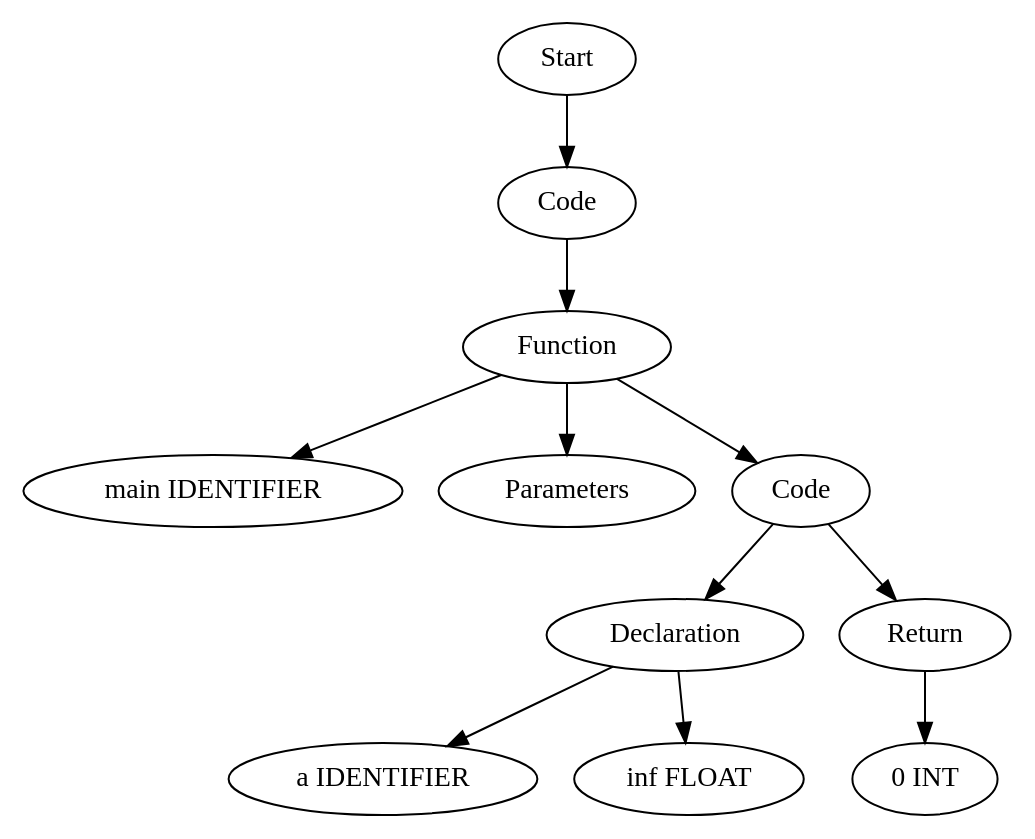
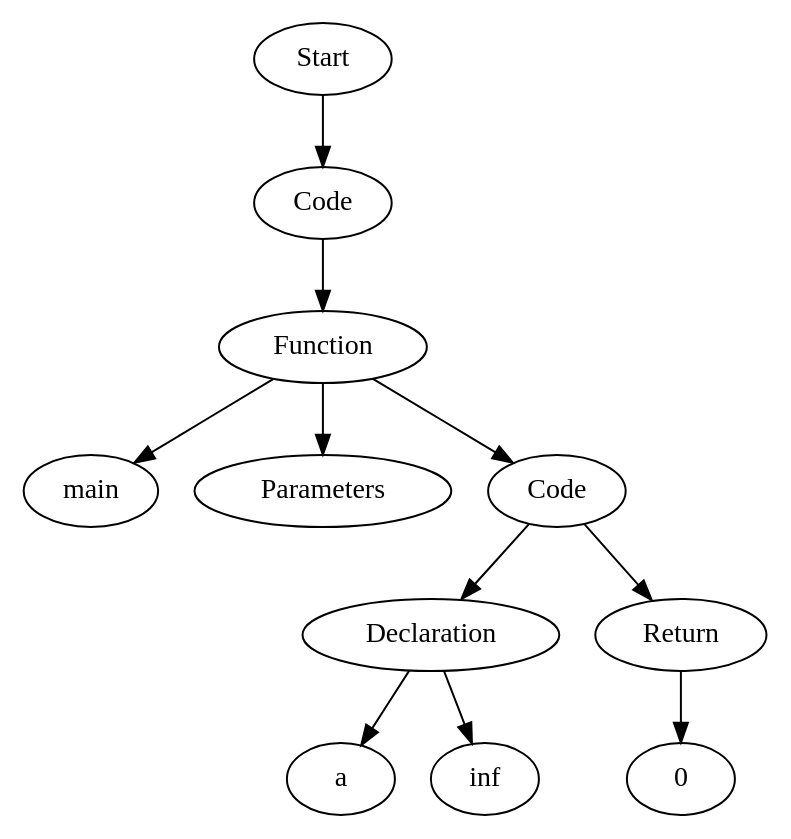
The diagram in TestCases/ASTTests/ConstantFoldingTests/createTests/read_file_after.dot (Are-you-listening/Compilers), drawn with Graphviz before and after one commit. The commit also changed 94 other files, not shown here.

```diff
--- a/TestCases/ASTTests/ConstantFoldingTests/createTests/read_file_after.dot
+++ b/TestCases/ASTTests/ConstantFoldingTests/createTests/read_file_after.dot
@@ -1,23 +1,23 @@
 digraph AST {
-  "126512136248368" [label="Start"];
-  "126512136248368" -> "126512136248704";
-  "126512136248704" [label="Code"];
-  "126512136248704" -> "126512136248896";
-  "126512136248896" [label="Function"];
-  "126512136248896" -> "126512136249088";
-  "126512136248896" -> "126512136249232";
-  "126512136248896" -> "126512136249376";
-  "126512136249088" [label="main IDENTIFIER"];
-  "126512136249232" [label="Parameters"];
-  "126512136249376" [label="Code"];
-  "126512136249376" -> "126512136249568";
-  "126512136249376" -> "126512136250000";
-  "126512136249568" [label="Declaration"];
-  "126512136249568" -> "126512136249760";
-  "126512136249568" -> "126512136249904";
-  "126512136249760" [label="a IDENTIFIER"];
-  "126512136249904" [label="inf FLOAT"];
-  "126512136250000" [label="Return"];
-  "126512136250000" -> "126512136250192";
-  "126512136250192" [label="0 INT"];
+  "132436265608880" [label="Start"];
+  "132436265608880" -> "132436265609216";
+  "132436265609216" [label="Code"];
+  "132436265609216" -> "132436265609408";
+  "132436265609408" [label="Function"];
+  "132436265609408" -> "132436265609600";
+  "132436265609408" -> "132436265609744";
+  "132436265609408" -> "132436265609888";
+  "132436265609600" [label="main"];
+  "132436265609744" [label="Parameters"];
+  "132436265609888" [label="Code"];
+  "132436265609888" -> "132436265610080";
+  "132436265609888" -> "132436265610512";
+  "132436265610080" [label="Declaration"];
+  "132436265610080" -> "132436265610272";
+  "132436265610080" -> "132436265610416";
+  "132436265610272" [label="a"];
+  "132436265610416" [label="inf"];
+  "132436265610512" [label="Return"];
+  "132436265610512" -> "132436265610704";
+  "132436265610704" [label="0"];
 }
```
